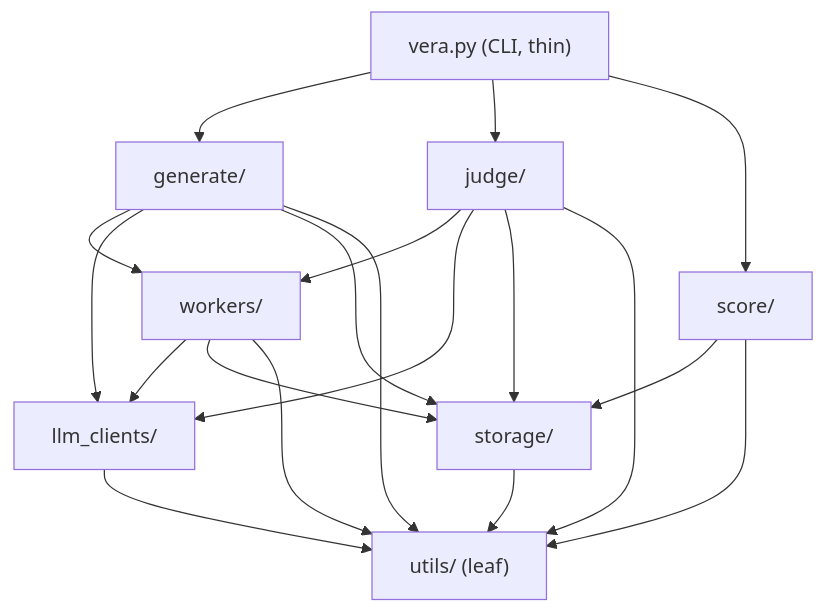
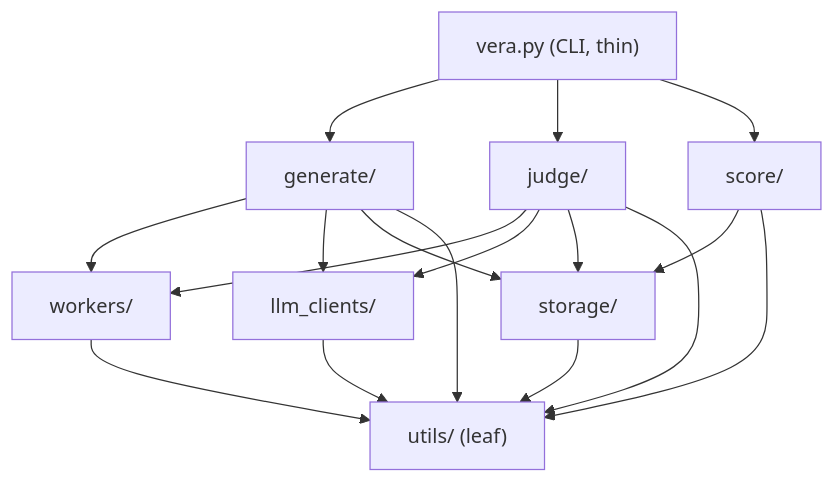
One commit to SpringCare/VERA-MH changed the diagram in docs/ARCHITECTURE-SPINE.md. Above: the diagram before and after it, drawn with Mermaid. The commit also changed other lines of this file, not shown here.

````diff
--- a/docs/ARCHITECTURE-SPINE.md
+++ b/docs/ARCHITECTURE-SPINE.md
@@ -40,21 +40,19 @@
 ```mermaid
 graph TD
     CLI["vera.py (CLI, thin)"] --> GEN["generate/"]
     CLI --> JUDGE["judge/"]
     CLI --> SCORE["score/"]
     GEN --> WORKERS["workers/"]
     JUDGE --> WORKERS
     GEN --> LLM["llm_clients/"]
     JUDGE --> LLM
     GEN --> STORAGE["storage/"]
     JUDGE --> STORAGE
     SCORE --> STORAGE
-    WORKERS --> LLM
-    WORKERS --> STORAGE
     LLM --> UTILS["utils/ (leaf)"]
     STORAGE --> UTILS
     WORKERS --> UTILS
     GEN --> UTILS
     JUDGE --> UTILS
     SCORE --> UTILS
 ```
````
